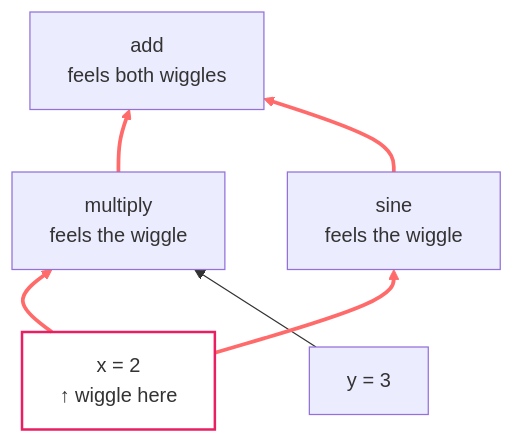
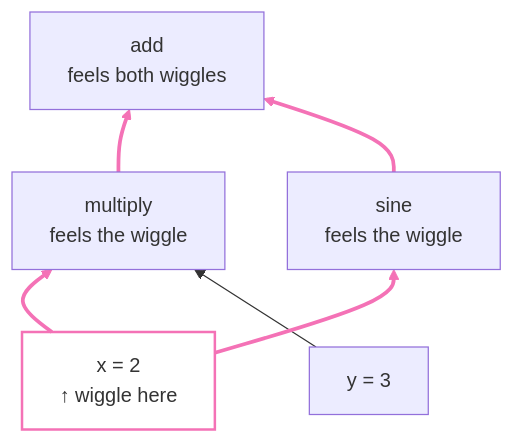
Before and after one commit to bolu-atx/bolu-atx.github.io: the third of 9 diagrams in _posts/2025-06-15-autodiff-rust-part1-graphs.md, drawn with Mermaid. The commit also changed other lines of this file and 5 other files, not shown here.

First line of the commit message:
Add dark mode support for Mermaid diagrams

````diff
--- a/_posts/2025-06-15-autodiff-rust-part1-graphs.md
+++ b/_posts/2025-06-15-autodiff-rust-part1-graphs.md
@@ -106,21 +108,22 @@
 ```mermaid
 graph BT
     x["x = 2<br/>↑ wiggle here"]
     y["y = 3"]
     mul["multiply<br/>feels the wiggle"]
     sin["sine<br/>feels the wiggle"]
     add["add<br/>feels both wiggles"]
 
     x --> mul
     y --> mul
     x --> sin
     mul --> add
     sin --> add
 
-    linkStyle 0 stroke:#ff6b6b,stroke-width:3px
-    linkStyle 2 stroke:#ff6b6b,stroke-width:3px
-    linkStyle 3 stroke:#ff6b6b,stroke-width:3px
-    linkStyle 4 stroke:#ff6b6b,stroke-width:3px
+    linkStyle 0 stroke:#f472b6,stroke-width:3px
+    linkStyle 2 stroke:#f472b6,stroke-width:3px
+    linkStyle 3 stroke:#f472b6,stroke-width:3px
+    linkStyle 4 stroke:#f472b6,stroke-width:3px
 
-    style x fill:none,stroke:#E91E63,stroke-width:2px
+    classDef highlight fill:none,stroke:#f472b6,stroke-width:2px
+    class x highlight
 ```
````
